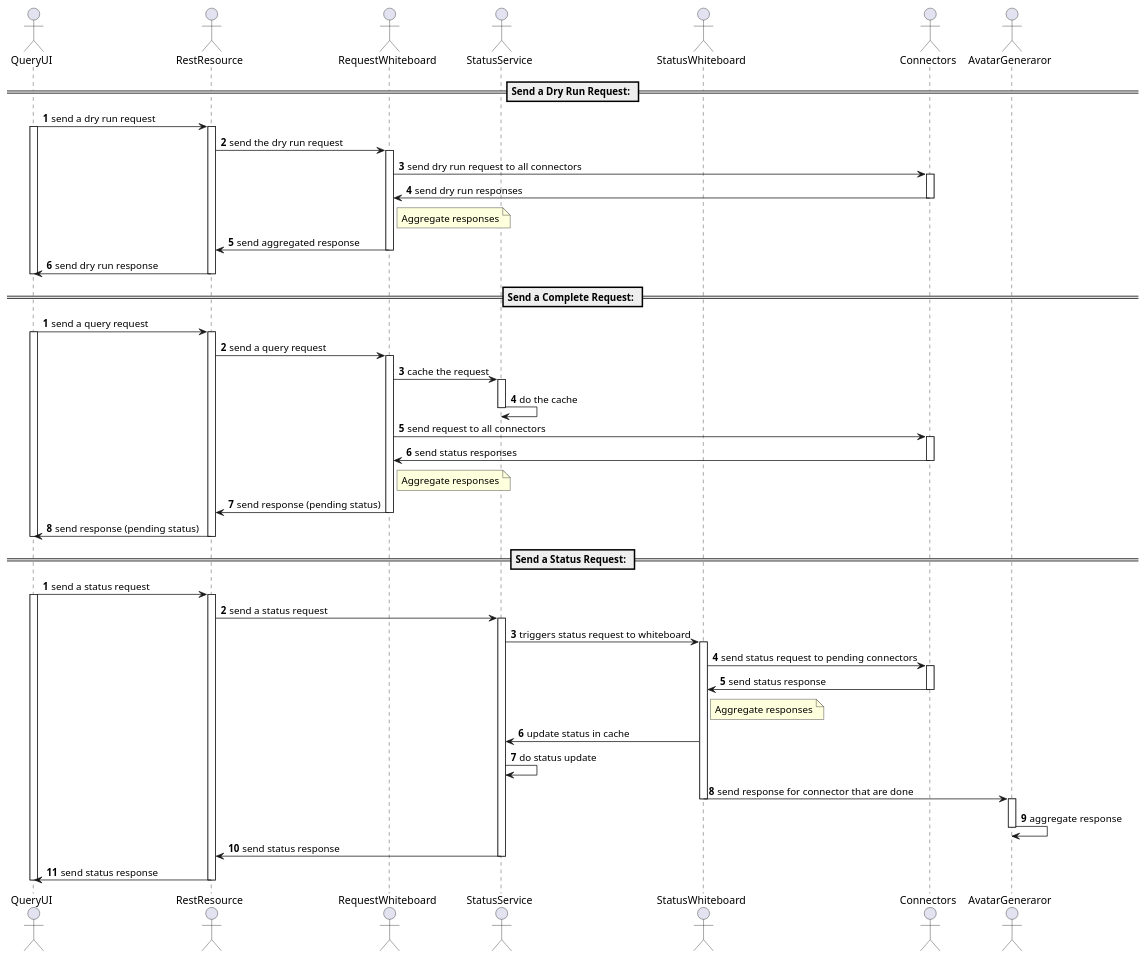
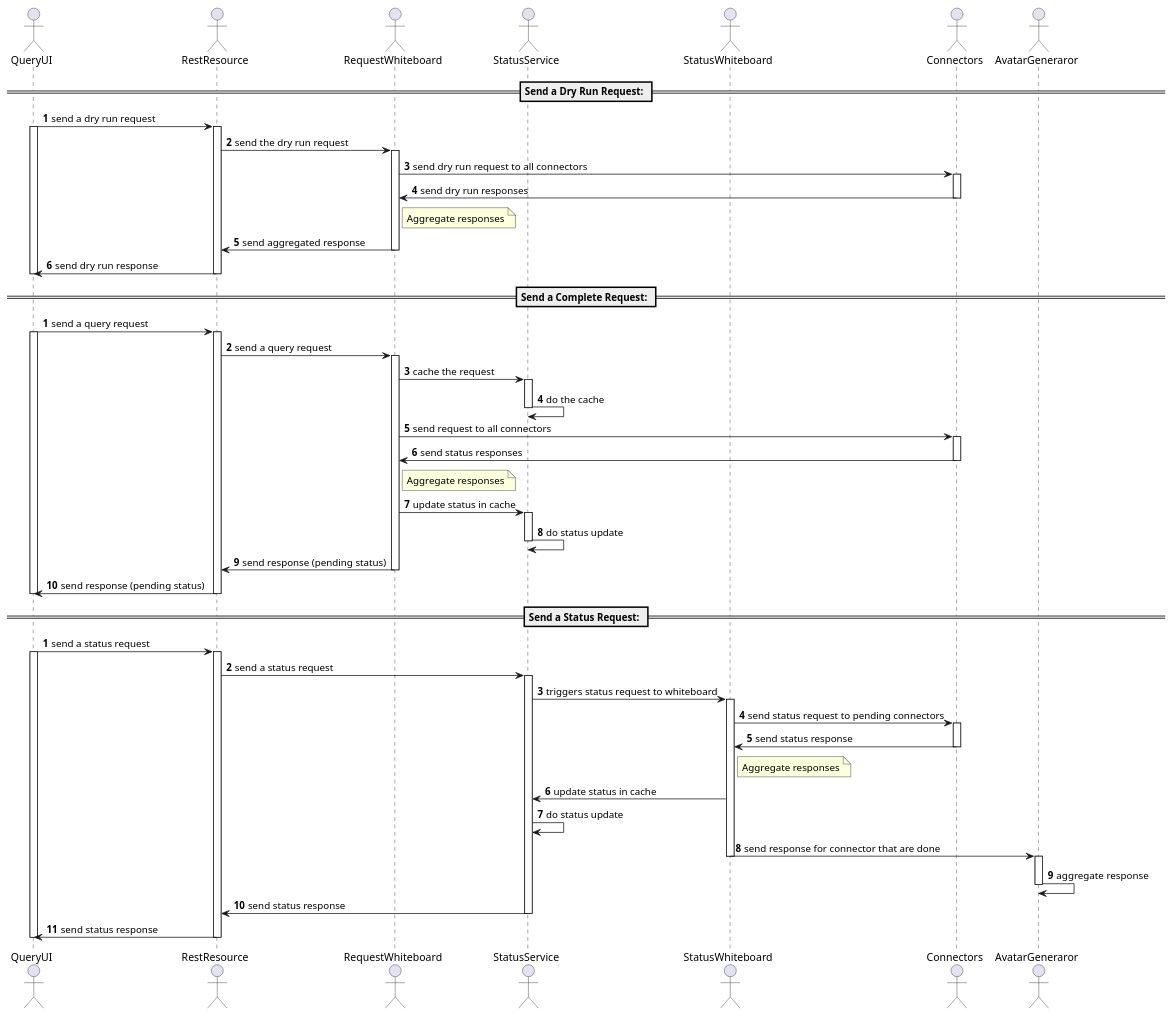
Before and after one commit to DataInMotion/avatar-dataspaces-demo: the diagram in plantUML/workflow-diagram.puml, drawn with PlantUML. The commit also changed 43 other files, not shown here.

```diff
--- a/plantUML/workflow-diagram.puml
+++ b/plantUML/workflow-diagram.puml
@@ -1,86 +1,90 @@
 @startuml
 actor QueryUI as UI
 actor RestResource as RR
 actor RequestWhiteboard as RWB
 actor StatusService as RCS
 actor StatusWhiteboard as SWB
 actor Connectors as Cs
 actor AvatarGeneraror as AG
 
 == Send a Dry Run Request: ==
 
 autonumber
 UI->RR: send a dry run request
 activate UI
 activate RR
 RR->RWB: send the dry run request
 activate RWB
 RWB->Cs: send dry run request to all connectors
 activate Cs
 Cs->RWB: send dry run responses
 deactivate Cs
 note right of RWB
 Aggregate responses
 end note
 RWB->RR: send aggregated response
 deactivate RWB
 RR->UI: send dry run response
 deactivate RR
 deactivate UI
 
 == Send a Complete Request: ==
 
 autonumber
 UI->RR: send a query request
 activate UI
 activate RR
 RR->RWB: send a query request
 activate RWB
 RWB->RCS: cache the request
 activate RCS
 RCS->RCS: do the cache
 deactivate RCS
 RWB->Cs: send request to all connectors
 activate Cs
 Cs->RWB: send status responses
 deactivate Cs
 note right of RWB
 Aggregate responses
 end note
+RWB->RCS: update status in cache
+activate RCS
+RCS->RCS: do status update
+deactivate RCS
 RWB->RR: send response (pending status)
 deactivate RWB
 RR->UI: send response (pending status)
 deactivate RR
 deactivate UI
 
 == Send a Status Request: ==
 
 autonumber
 UI->RR: send a status request
 activate UI 
 activate RR
 RR->RCS: send a status request
 activate RCS
 RCS->SWB: triggers status request to whiteboard
 activate SWB
 SWB->Cs: send status request to pending connectors
 activate Cs
 Cs->SWB: send status response
 deactivate Cs
 note right of SWB
 Aggregate responses
 end note
 SWB->RCS: update status in cache
 RCS->RCS: do status update
 SWB->AG: send response for connector that are done
 deactivate SWB
 activate AG
 AG->AG: aggregate response
 deactivate AG
 RCS->RR: send status response 
 deactivate RCS
 RR->UI: send status response
 deactivate RR
 deactivate UI
 
 @enduml
```
